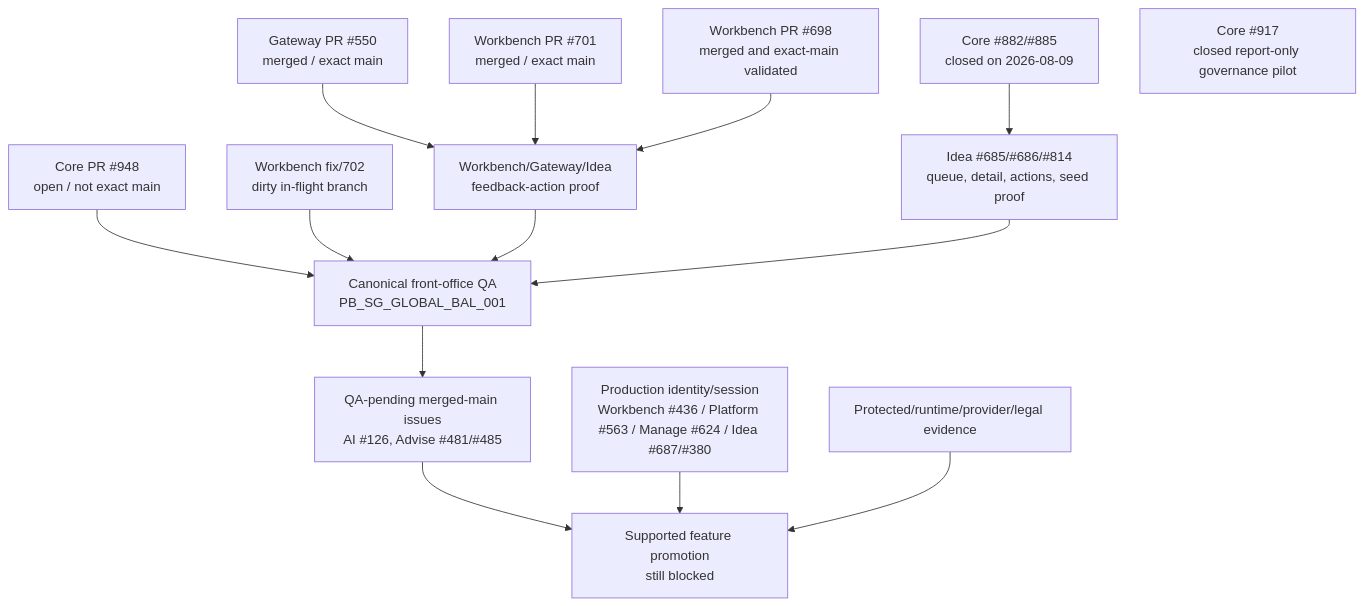
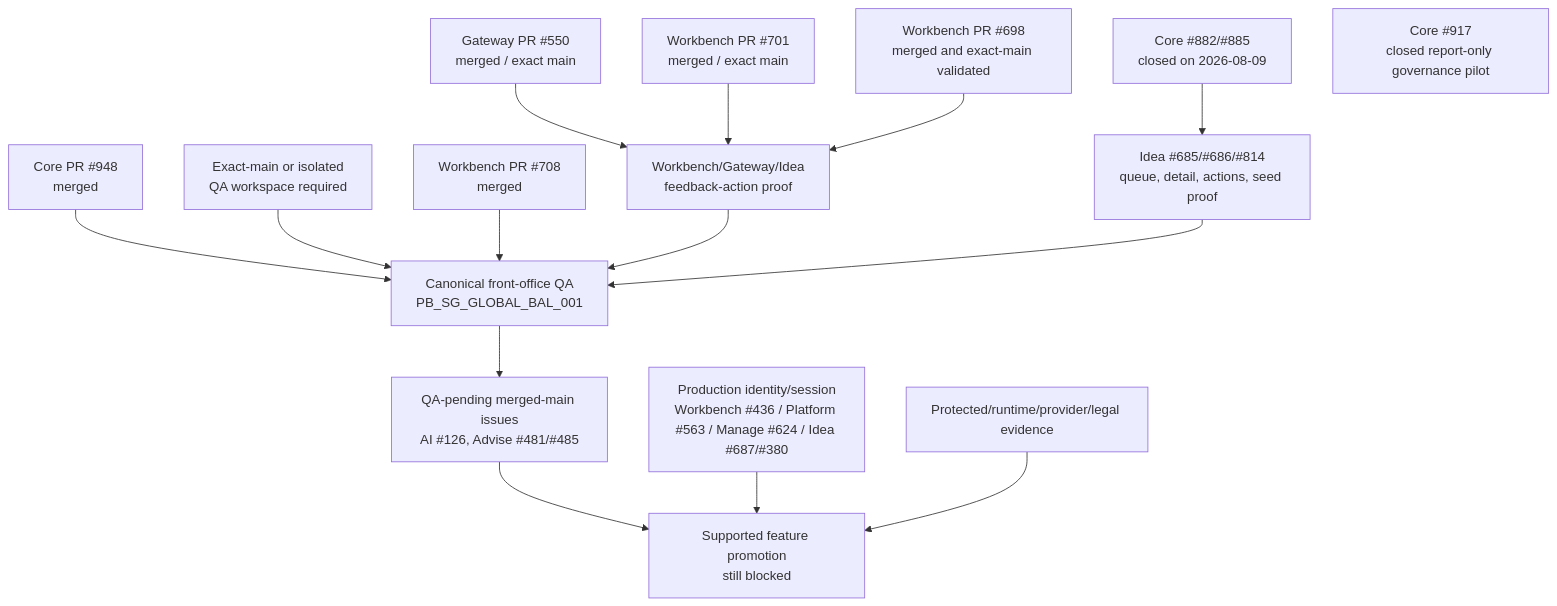
One commit to sgajbi/lotus-idea changed the second of 2 diagrams in wiki/RFC-0002-Execution-Status.md. Above: the diagram before and after it, drawn with Mermaid. The commit also changed other lines of this file and 4 other files, not shown here.

````diff
--- a/wiki/RFC-0002-Execution-Status.md
+++ b/wiki/RFC-0002-Execution-Status.md
@@ -94,30 +94,32 @@
 ```mermaid
 flowchart TD
     CoreClosed["Core #882/#885<br/>closed on 2026-08-09"]
-    Core948["Core PR #948<br/>open / not exact main"]
+    Core948["Core PR #948<br/>merged"]
     Gateway550["Gateway PR #550<br/>merged / exact main"]
-    Workbench702["Workbench fix/702<br/>dirty in-flight branch"]
+    LocalClean["Exact-main or isolated<br/>QA workspace required"]
     Workbench701["Workbench PR #701<br/>merged / exact main"]
+    Workbench708["Workbench PR #708<br/>merged"]
     Workbench698["Workbench PR #698<br/>merged and exact-main validated"]
     Feedback["Workbench/Gateway/Idea<br/>feedback-action proof"]
     CanonicalQA["Canonical front-office QA<br/>PB_SG_GLOBAL_BAL_001"]
     IdeaProof["Idea #685/#686/#814<br/>queue, detail, actions, seed proof"]
     Core917["Core #917<br/>closed report-only governance pilot"]
     QAPending["QA-pending merged-main issues<br/>AI #126, Advise #481/#485"]
     Support["Supported feature promotion<br/>still blocked"]
     Identity["Production identity/session<br/>Workbench #436 / Platform #563 / Manage #624 / Idea #687/#380"]
     Protected["Protected/runtime/provider/legal evidence"]
 
     CoreClosed --> IdeaProof
     Core948 --> CanonicalQA
     Gateway550 --> Feedback
-    Workbench702 --> CanonicalQA
+    LocalClean --> CanonicalQA
     Workbench701 --> Feedback
+    Workbench708 --> CanonicalQA
     Workbench698 --> Feedback
     Feedback --> CanonicalQA
     IdeaProof --> CanonicalQA
     CanonicalQA --> QAPending
     QAPending --> Support
     Identity --> Support
     Protected --> Support
 ```
````
